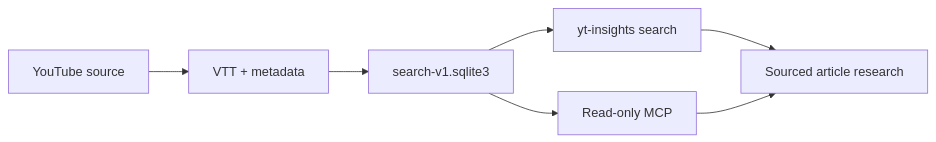
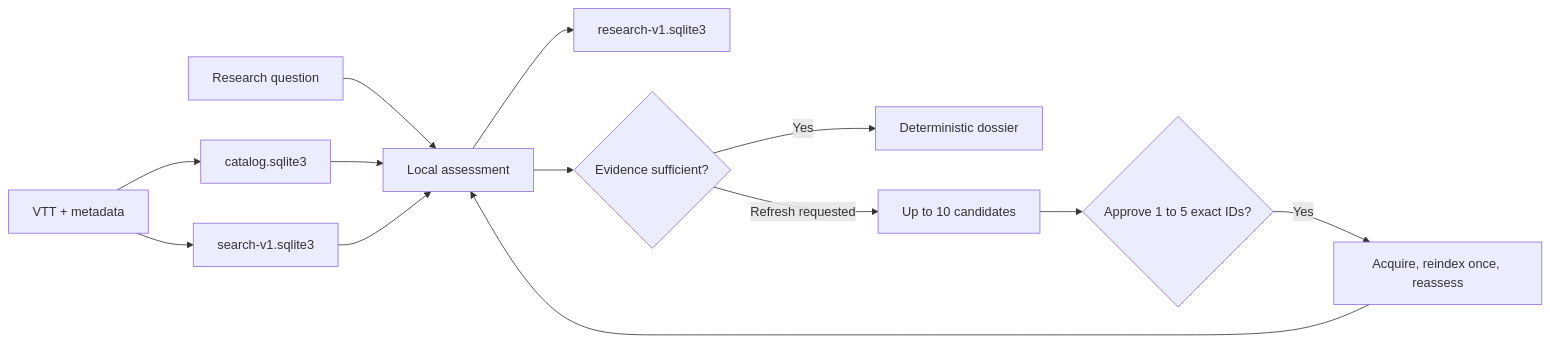
One commit to FlorianBruniaux/youtube-video-insights changed the diagram in README.md. Above: the diagram before and after it, drawn with Mermaid. The commit also changed other lines of this file and 10 other files, not shown here.

````diff
--- a/README.md
+++ b/README.md
@@ -66,9 +92,15 @@
 ```mermaid
 flowchart LR
-    A[YouTube source] --> B[VTT + metadata]
-    B --> C[search-v1.sqlite3]
-    C --> D[yt-insights search]
-    C --> E[Read-only MCP]
-    D --> F[Sourced article research]
-    E --> F
+    U[Research question] --> A[Local assessment]
+    VTT[VTT + metadata] --> CAT[catalog.sqlite3]
+    VTT --> FTS[search-v1.sqlite3]
+    CAT --> A
+    FTS --> A
+    A --> R[research-v1.sqlite3]
+    A --> Q{Evidence sufficient?}
+    Q -->|Yes| D[Deterministic dossier]
+    Q -->|Refresh requested| C[Up to 10 candidates]
+    C --> P{Approve 1 to 5 exact IDs?}
+    P -->|Yes| X[Acquire, reindex once, reassess]
+    X --> A
 ```
````
